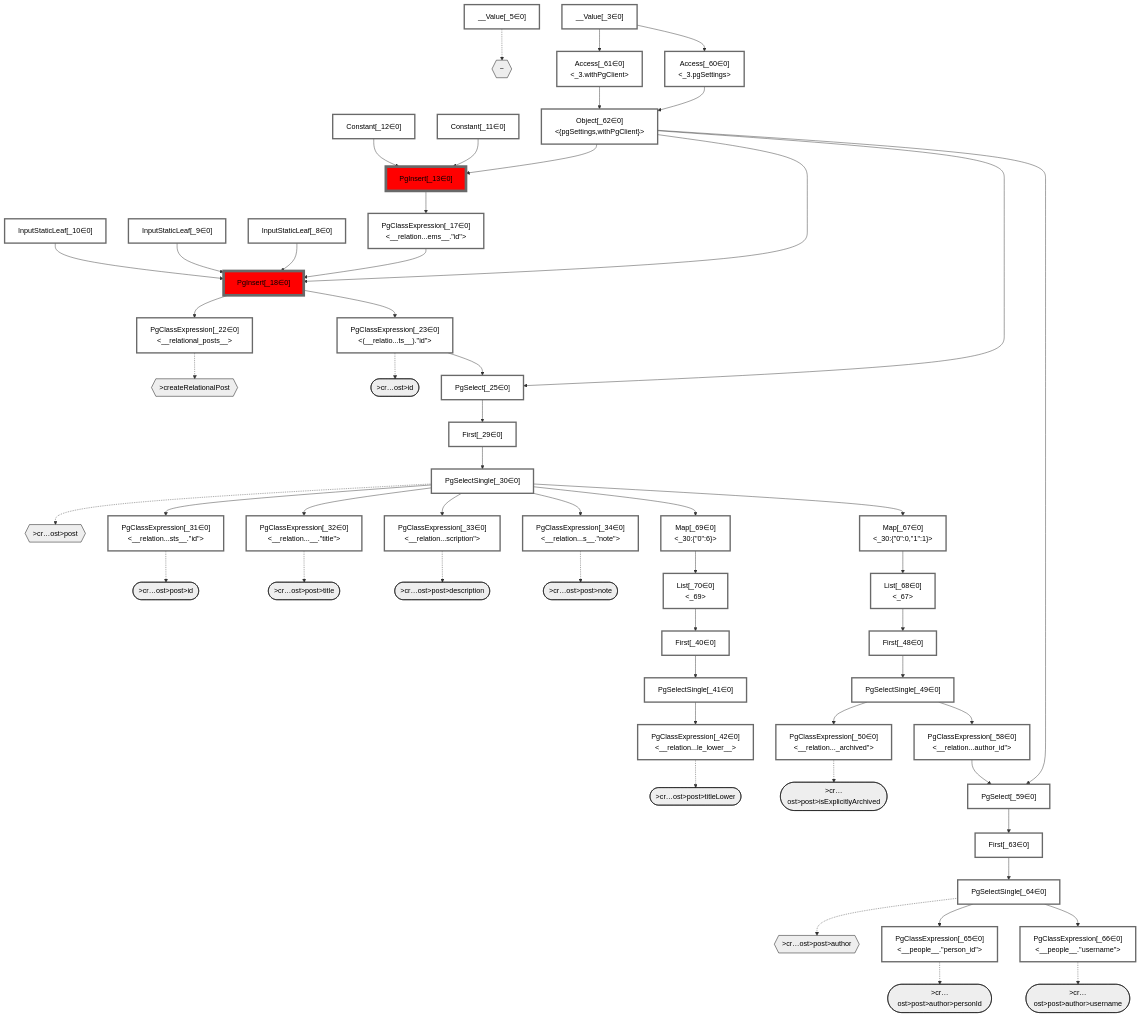
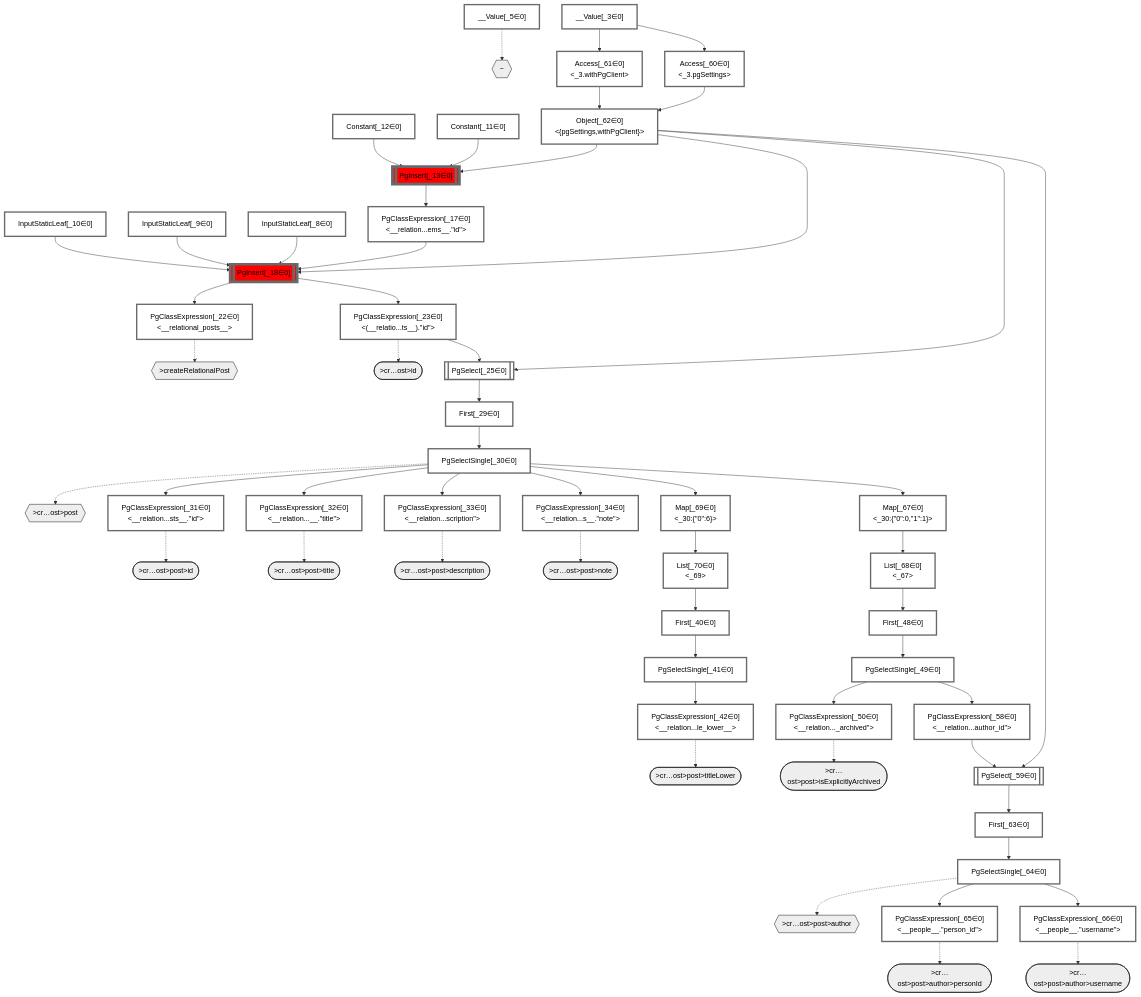
The diagram in packages/dataplan-pg/__tests__/mutations/basics/create-relational-post.deopt.mermaid.md (graphile/crystal), drawn with Mermaid before and after one commit. The commit also changed 195 other files, not shown here.

```diff
--- a/packages/dataplan-pg/__tests__/mutations/basics/create-relational-post.deopt.mermaid.md
+++ b/packages/dataplan-pg/__tests__/mutations/basics/create-relational-post.deopt.mermaid.md
@@ -41,12 +41,12 @@
     InputStaticLeaf_10["InputStaticLeaf[_10∈0]"]:::plan
     Constant_11["Constant[_11∈0]"]:::plan
     Constant_12["Constant[_12∈0]"]:::plan
-    PgInsert_13["PgInsert[_13∈0]"]:::sideeffectplan
+    PgInsert_13[["PgInsert[_13∈0]"]]:::sideeffectplan
     PgClassExpression_17["PgClassExpression[_17∈0]<br /><__relation...ems__.#quot;id#quot;>"]:::plan
-    PgInsert_18["PgInsert[_18∈0]"]:::sideeffectplan
+    PgInsert_18[["PgInsert[_18∈0]"]]:::sideeffectplan
     PgClassExpression_22["PgClassExpression[_22∈0]<br /><__relational_posts__>"]:::plan
     PgClassExpression_23["PgClassExpression[_23∈0]<br /><(__relatio...ts__).#quot;id#quot;>"]:::plan
-    PgSelect_25["PgSelect[_25∈0]<br /><relational_posts>"]:::plan
+    PgSelect_25[["PgSelect[_25∈0]<br /><relational_posts>"]]:::plan
     First_29["First[_29∈0]"]:::plan
     PgSelectSingle_30["PgSelectSingle[_30∈0]<br /><relational_posts>"]:::plan
     PgClassExpression_31["PgClassExpression[_31∈0]<br /><__relation...sts__.#quot;id#quot;>"]:::plan
@@ -60,7 +60,7 @@
     PgSelectSingle_49["PgSelectSingle[_49∈0]<br /><relational_items>"]:::plan
     PgClassExpression_50["PgClassExpression[_50∈0]<br /><__relation..._archived#quot;>"]:::plan
     PgClassExpression_58["PgClassExpression[_58∈0]<br /><__relation...author_id#quot;>"]:::plan
-    PgSelect_59["PgSelect[_59∈0]<br /><people>"]:::plan
+    PgSelect_59[["PgSelect[_59∈0]<br /><people>"]]:::plan
     Access_60["Access[_60∈0]<br /><_3.pgSettings>"]:::plan
     Access_61["Access[_61∈0]<br /><_3.withPgClient>"]:::plan
     Object_62["Object[_62∈0]<br /><{pgSettings,withPgClient}>"]:::plan
```
